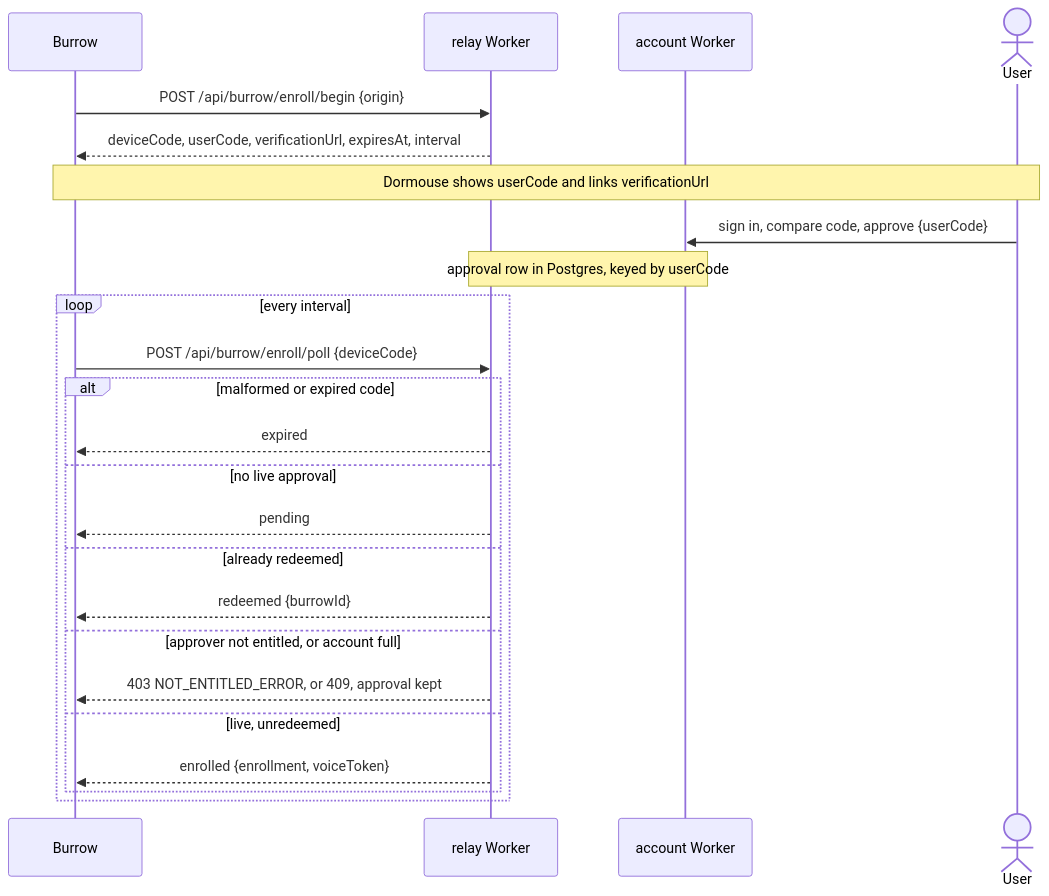
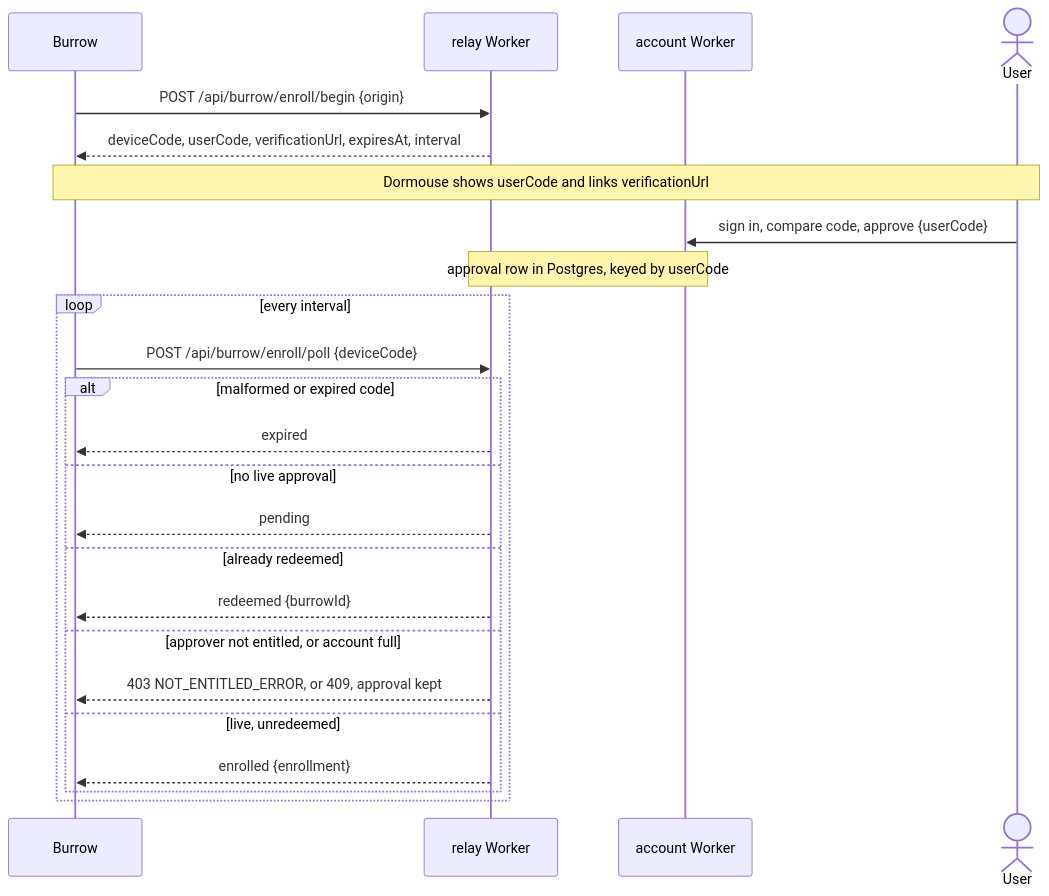
The diagram in docs/specs/hosted.md (diffplug/dormouse), drawn with Mermaid before and after one commit. The commit also changed other lines of this file and 45 other files, not shown here.

Commit message:
Separate managed voice from remote-control enrollment and fail closed on disconnect

````diff
--- a/docs/specs/hosted.md
+++ b/docs/specs/hosted.md
@@ -176,26 +176,26 @@
 ```mermaid
 sequenceDiagram
   participant Burrow
   participant R as relay Worker
   participant A as account Worker
   actor User
   Burrow->>R: POST /api/burrow/enroll/begin {origin}
   R-->>Burrow: deviceCode, userCode, verificationUrl, expiresAt, interval
   Note over Burrow,User: Dormouse shows userCode and links verificationUrl
   User->>A: sign in, compare code, approve {userCode}
   Note over R,A: approval row in Postgres, keyed by userCode
   loop every interval
     Burrow->>R: POST /api/burrow/enroll/poll {deviceCode}
     alt malformed or expired code
       R-->>Burrow: expired
     else no live approval
       R-->>Burrow: pending
     else already redeemed
       R-->>Burrow: redeemed {burrowId}
     else approver not entitled, or account full
       R-->>Burrow: 403 NOT_ENTITLED_ERROR, or 409, approval kept
     else live, unredeemed
-      R-->>Burrow: enrolled {enrollment, voiceToken}
+      R-->>Burrow: enrolled {enrollment}
     end
   end
 ```
````
